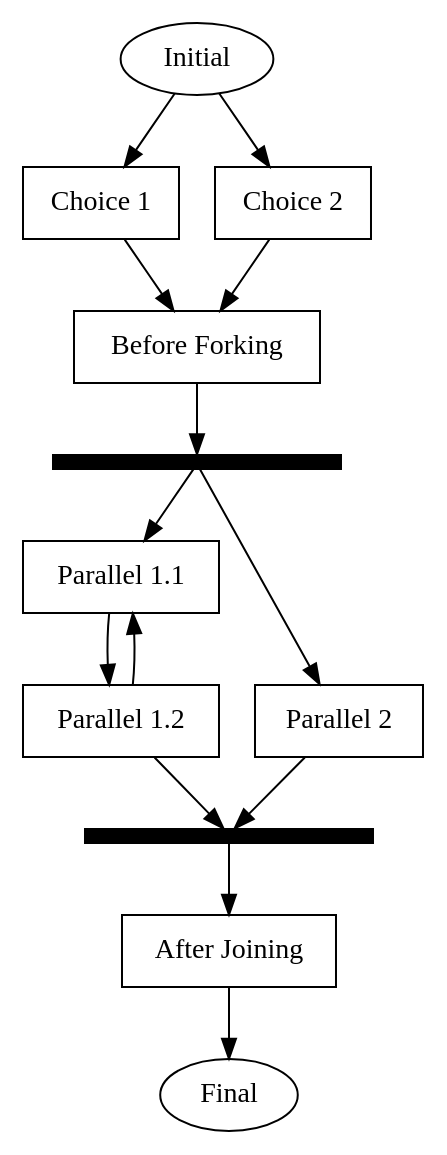
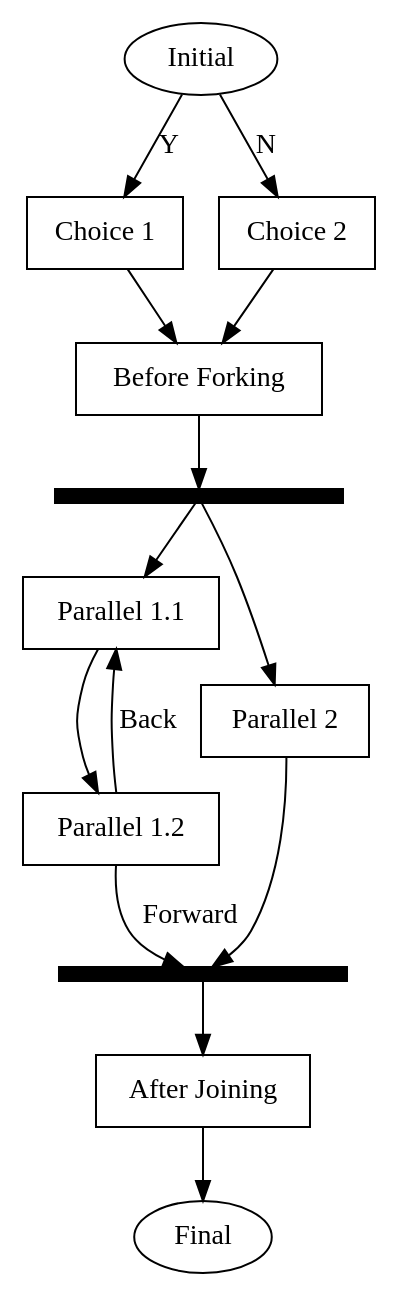
Before and after one commit to emden-norfolk/fountainedge: the diagram in images/test6.dot, drawn with Graphviz. The commit also changed 6 other files, not shown here.

```diff
--- a/images/test6.dot
+++ b/images/test6.dot
@@ -1,29 +1,29 @@
 digraph G {
 
   v0 [label="Initial",id="1",shape="oval",color="black"]
   v1 [label="Choice 1",id="2",shape="box",color="black"]
   v2 [label="Choice 2",id="3",shape="box",color="black"]
   v3 [label="Before Forking",id="4",shape="box",color="black"]
   v4 [label="",id="5",shape="box",style="filled",fillcolor="black",height="0.1",width="2",fixedsize="true"]
   v5 [label="Parallel 1.1",id="6",shape="box",color="black"]
   v6 [label="Parallel 1.2",id="7",shape="box",color="black"]
   v7 [label="Parallel 2",id="8",shape="box",color="black"]
   v8 [label="",id="9",shape="box",style="filled",fillcolor="black",height="0.1",width="2",fixedsize="true"]
   v9 [label="After Joining",id="10",shape="box",color="black"]
   v10 [label="Final",id="11",shape="oval",color="black"]
 
-  v0 -> v1
-  v0 -> v2
+  v0 -> v1 [label="Y"]
+  v0 -> v2 [label="N"]
   v1 -> v3
   v2 -> v3
   v3 -> v4
   v4 -> v5
   v4 -> v7
   v5 -> v6
-  v6 -> v5
-  v6 -> v8
+  v6 -> v5 [label="Back"]
+  v6 -> v8 [label="Forward"]
   v7 -> v8
   v8 -> v9
   v9 -> v10
 
 }
```
